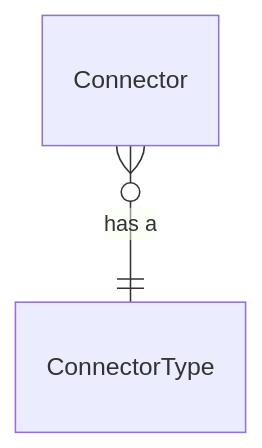
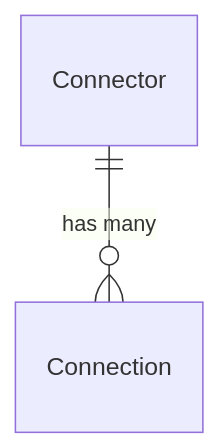
Before and after one commit to destacey/Moda: the diagram in docs/app-integration.md, drawn with Mermaid. The commit also changed other lines of this file and 38 other files, not shown here.

Commit message:
Renamed Connector to Connection.  Renamed ConnectorType to Connector.  This is a rebrand to represent the new Connector as the concrete type and the Connection as the instance.

````diff
--- a/docs/app-integration.md
+++ b/docs/app-integration.md
@@ -19,4 +19,4 @@
 ```mermaid
 erDiagram
-    Connector }o--|| ConnectorType : "has a"
+    Connector ||--o{ Connection : "has many"
 ```
````
